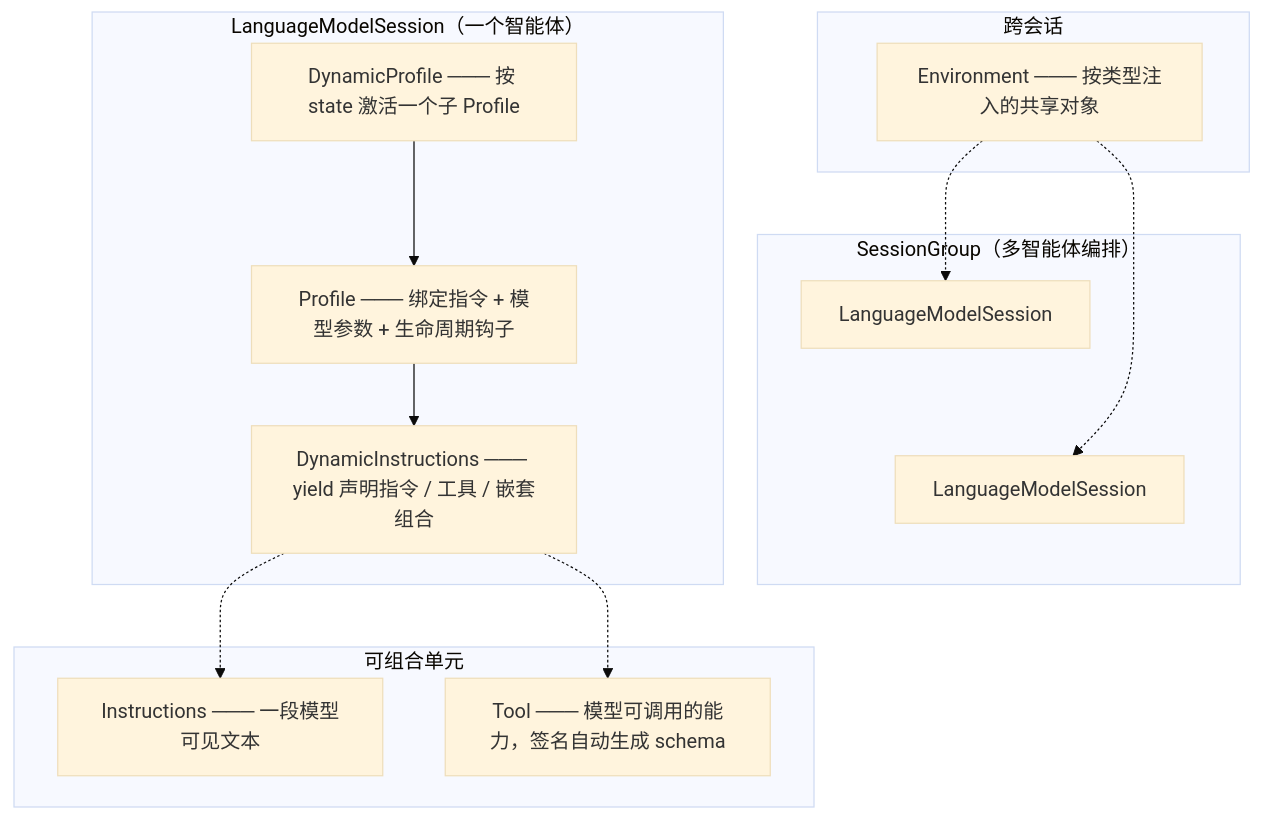
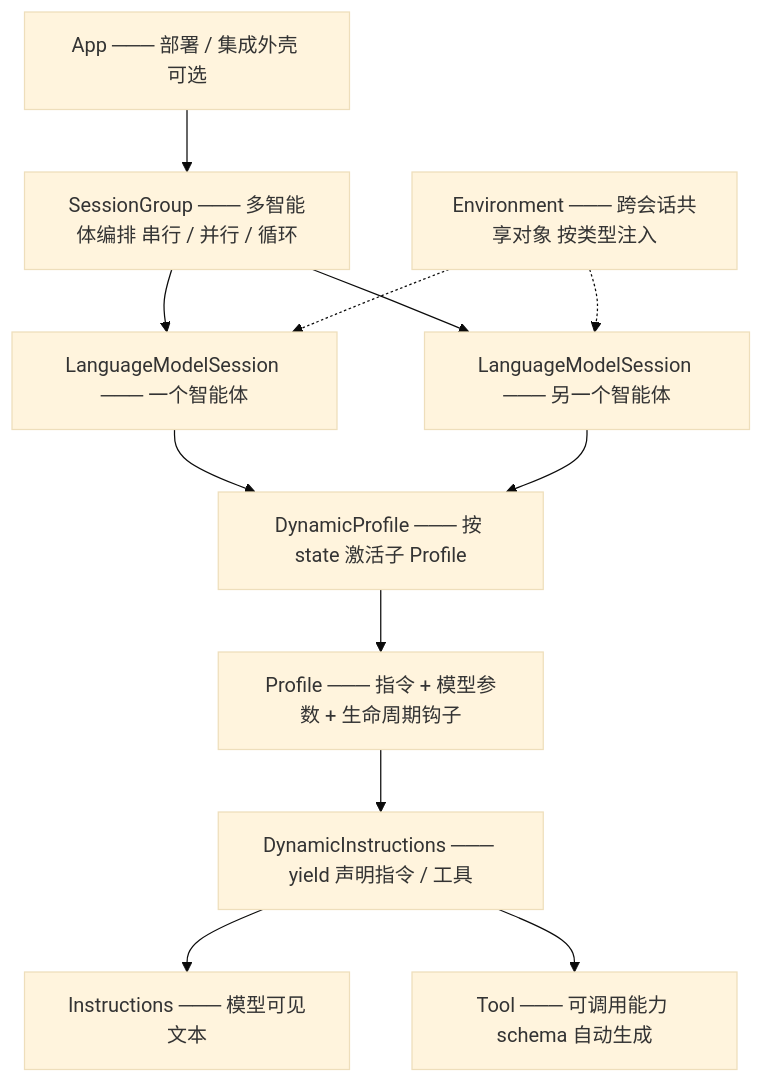
Before and after one commit to HawkonLi/yao_agent: the diagram in README.md, drawn with Mermaid (base theme). The commit also changed other lines of this file, not shown here.

Commit message:
Fix mermaid diagram: top-down App → SessionGroup → Session → Profile hierarchy

````diff
--- a/README.md
+++ b/README.md
@@ -27,25 +27,25 @@
 ```mermaid
 graph TB
-    subgraph "SessionGroup（多智能体编排）"
-        S1[LanguageModelSession]
-        S2[LanguageModelSession]
-        S1 ~~~ S2
-    end
-    subgraph "LanguageModelSession（一个智能体）"
-        DP[DynamicProfile ─── 按 state 激活一个子 Profile]
-        P[Profile ─── 绑定指令 + 模型参数 + 生命周期钩子]
-        DI[DynamicInstructions ─── yield 声明指令 / 工具 / 嵌套组合]
-        DP --> P --> DI
-    end
-    subgraph "跨会话"
-        ENV[Environment ─── 按类型注入的共享对象]
-        ENV -.-> S1
-        ENV -.-> S2
-    end
-    subgraph "可组合单元"
-        I[Instructions ─── 一段模型可见文本]
-        T[Tool ─── 模型可调用的能力，签名自动生成 schema]
-    end
-    DI -.-> I
-    DI -.-> T
+    APP[App ─── 部署 / 集成外壳 可选]
+    SG[SessionGroup ─── 多智能体编排 串行 / 并行 / 循环]
+    S1[LanguageModelSession ─── 一个智能体]
+    S2[LanguageModelSession ─── 另一个智能体]
+    DP[DynamicProfile ─── 按 state 激活子 Profile]
+    P[Profile ─── 指令 + 模型参数 + 生命周期钩子]
+    DI[DynamicInstructions ─── yield 声明指令 / 工具]
+    I[Instructions ─── 模型可见文本]
+    T[Tool ─── 可调用能力 schema 自动生成]
+    ENV[Environment ─── 跨会话共享对象 按类型注入]
+
+    APP --> SG
+    SG --> S1
+    SG --> S2
+    S1 --> DP
+    S2 --> DP
+    DP --> P
+    P --> DI
+    DI --> I
+    DI --> T
+    ENV -.-> S1
+    ENV -.-> S2
 ```
````
